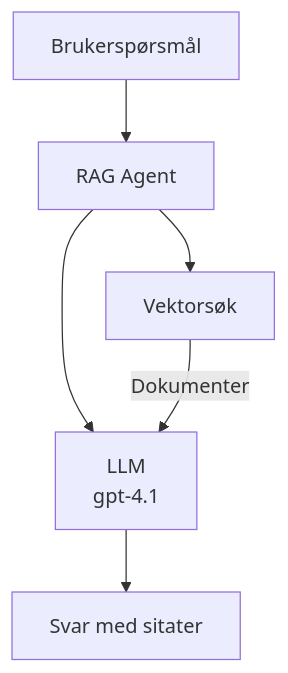
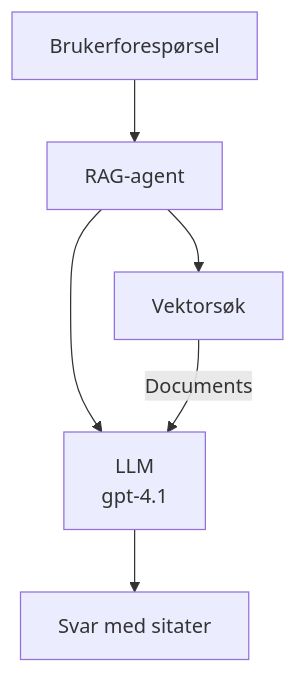
The second of 3 diagrams in translations/no/docs/chapter-02-ai-development/agents.md (microsoft/AZD-for-beginners), drawn with Mermaid before and after one commit. The commit also changed other lines of this file and 61 other files, not shown here.

````diff
--- a/translations/no/docs/chapter-02-ai-development/agents.md
+++ b/translations/no/docs/chapter-02-ai-development/agents.md
@@ -181,8 +181,8 @@
 ```mermaid
 graph TD
-    Query[Brukerspørsmål] --> RAG[RAG Agent]
+    Query[Brukerforespørsel] --> RAG[RAG-agent]
     RAG --> Vector[Vektorsøk]
     RAG --> LLM[LLM<br/>gpt-4.1]
-    Vector -- Dokumenter --> LLM
+    Vector -- Documents --> LLM
     LLM --> Response[Svar med sitater]
 ```
````
